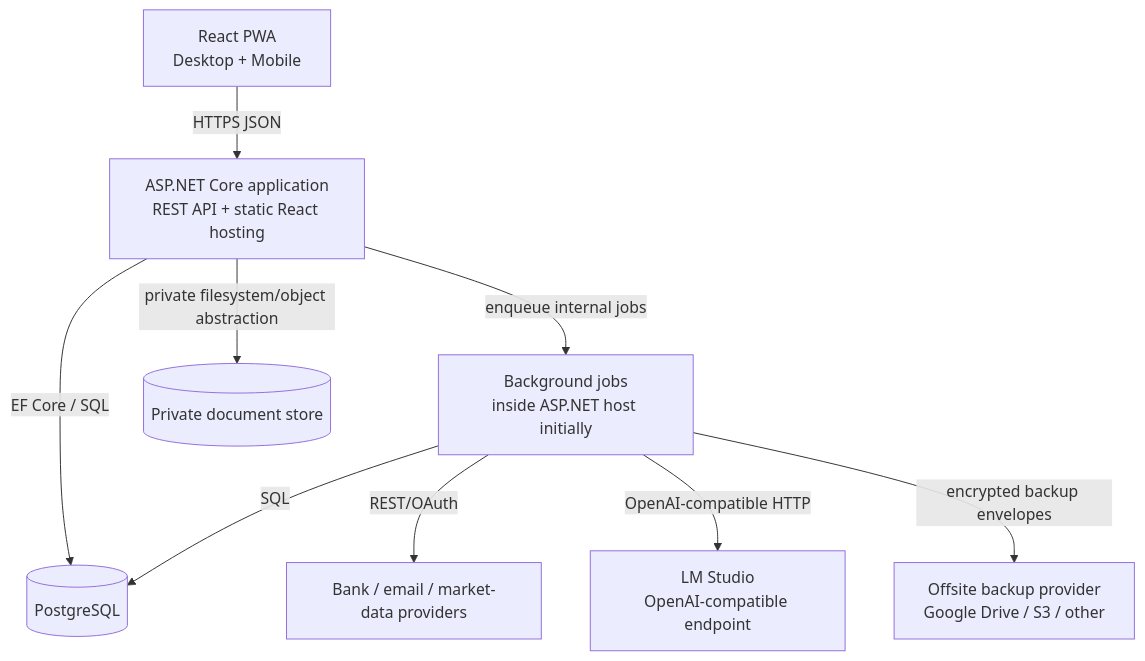
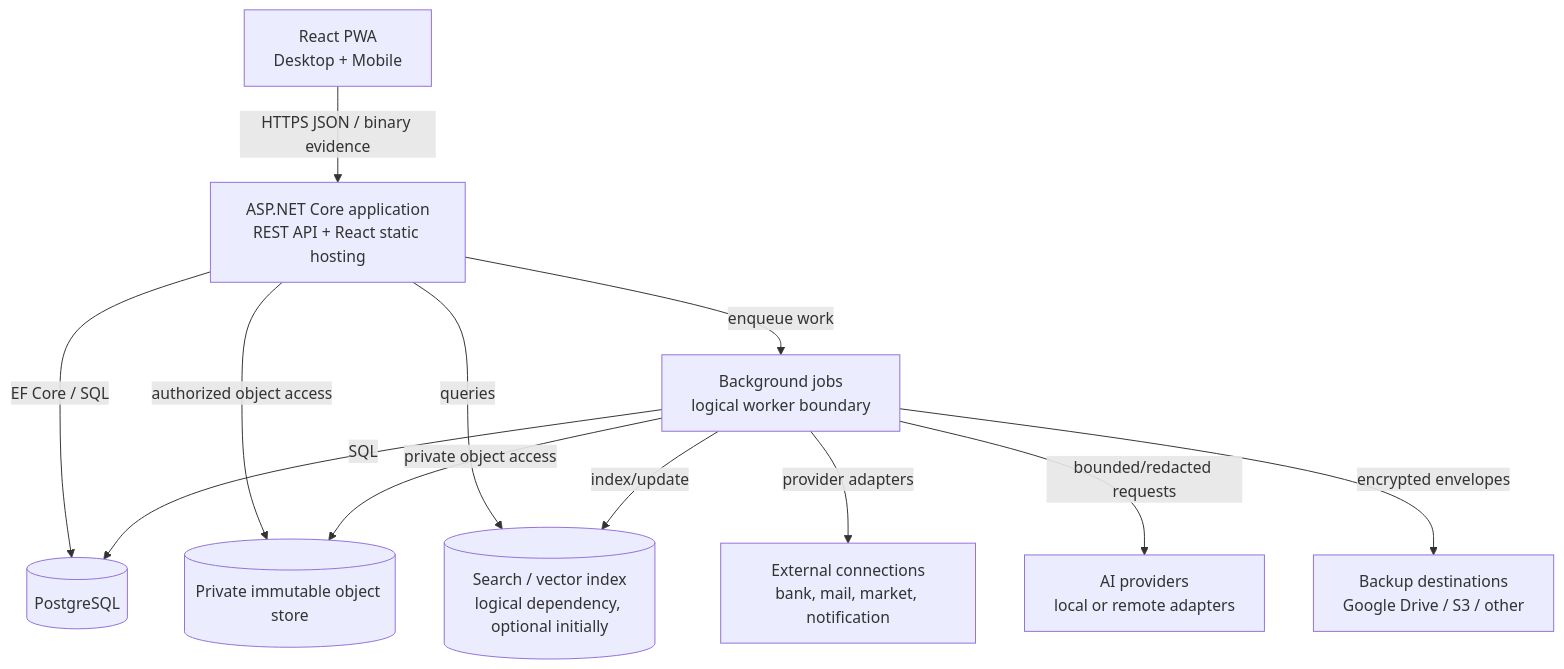
The second of 9 diagrams in docs/explanation/architecture.md (blac9216/Pryvance), drawn with Mermaid before and after one commit. The commit also changed other lines of this file, not shown here.

Commit message:
docs: expand target-state C4 architecture

````diff
--- a/docs/explanation/architecture.md
+++ b/docs/explanation/architecture.md
@@ -27,20 +38,24 @@
 ```mermaid
 flowchart TB
     Browser[React PWA\nDesktop + Mobile]
-    App[ASP.NET Core application\nREST API + static React hosting]
-    Worker[Background jobs\ninside ASP.NET host initially]
+    App[ASP.NET Core application\nREST API + React static hosting]
+    Worker[Background jobs\nlogical worker boundary]
     DB[(PostgreSQL)]
-    Files[(Private document store)]
-    AI[LM Studio\nOpenAI-compatible endpoint]
-    Providers[Bank / email / market-data providers]
-    Backup[Offsite backup provider\nGoogle Drive / S3 / other]
+    Files[(Private immutable object store)]
+    Search[(Search / vector index\nlogical dependency, optional initially)]
+    Ext[External connections\nbank, mail, market, notification]
+    AI[AI providers\nlocal or remote adapters]
+    Backup[Backup destinations\nGoogle Drive / S3 / other]
 
-    Browser -->|HTTPS JSON| App
+    Browser -->|HTTPS JSON / binary evidence| App
     App -->|EF Core / SQL| DB
-    App -->|private filesystem/object abstraction| Files
-    App -->|enqueue internal jobs| Worker
+    App -->|authorized object access| Files
+    App -->|queries| Search
+    App -->|enqueue work| Worker
     Worker -->|SQL| DB
-    Worker -->|REST/OAuth| Providers
-    Worker -->|OpenAI-compatible HTTP| AI
-    Worker -->|encrypted backup envelopes| Backup
+    Worker -->|private object access| Files
+    Worker -->|provider adapters| Ext
+    Worker -->|bounded/redacted requests| AI
+    Worker -->|encrypted envelopes| Backup
+    Worker -->|index/update| Search
 ```
````
